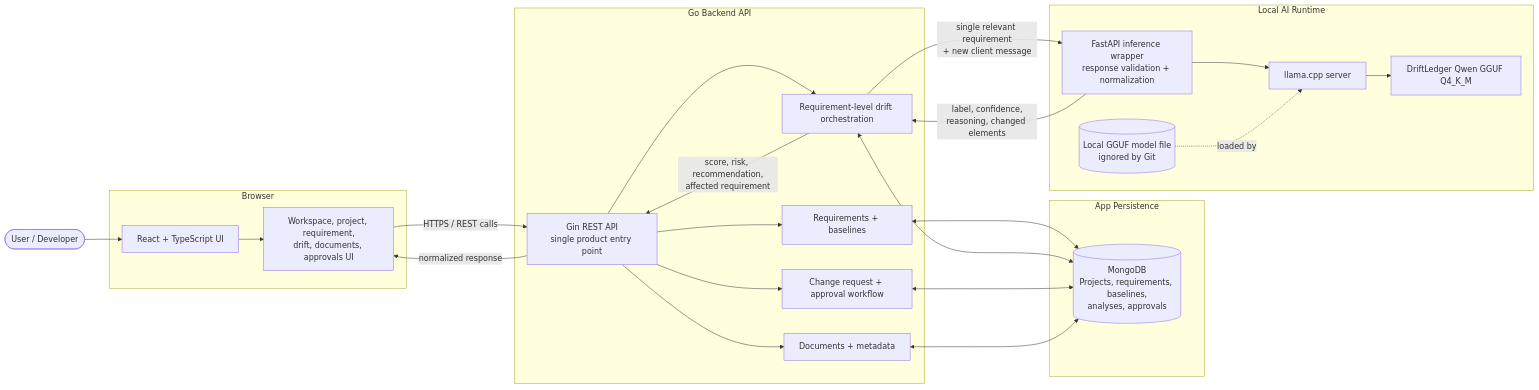
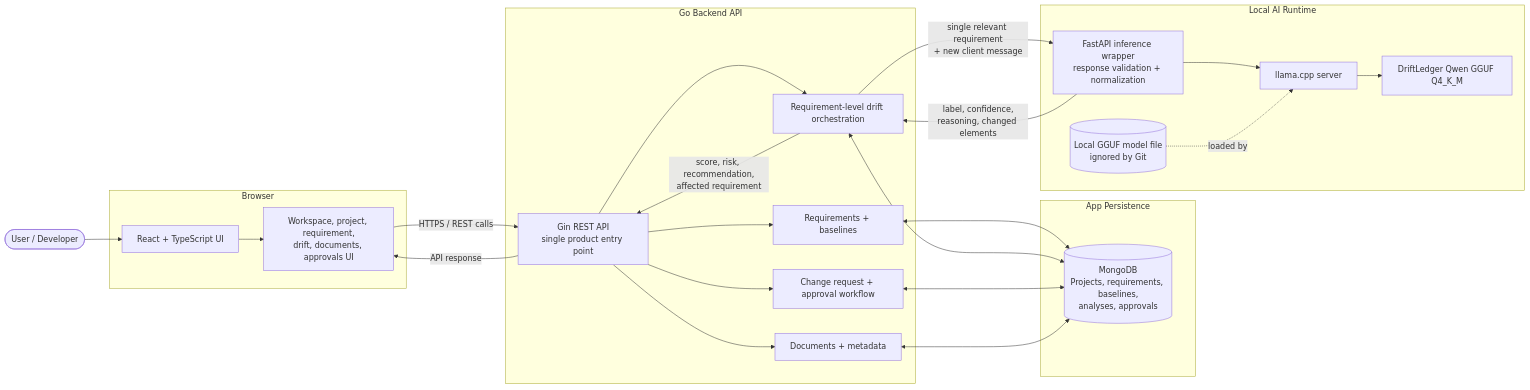
The diagram in README.md (muneeb-anjum0/Drift), drawn with Mermaid before and after one commit.

Commit message:
Tighten README architecture response label
Updates the Mermaid architecture diagram so the frontend receives a general API response from the backend, while model-specific output stays on the drift orchestration path.

````diff
--- a/README.md
+++ b/README.md
@@ -91,51 +91,51 @@
 ```mermaid
 flowchart LR
     user(["User / Developer"])
 
     subgraph browser["Browser"]
         ui["React + TypeScript UI"]
         views["Workspace, project, requirement,\ndrift, documents, approvals UI"]
     end
 
     subgraph backend["Go Backend API"]
         api["Gin REST API\nsingle product entry point"]
         reqs["Requirements + baselines"]
         drift["Requirement-level drift orchestration"]
         changes["Change request + approval workflow"]
         files["Documents + metadata"]
     end
 
     subgraph data["App Persistence"]
         mongo[("MongoDB\nProjects, requirements, baselines,\nanalyses, approvals")]
     end
 
     subgraph ai["Local AI Runtime"]
         wrapper["FastAPI inference wrapper\nresponse validation + normalization"]
         llama["llama.cpp server"]
         gguf["DriftLedger Qwen GGUF Q4_K_M"]
         modelFiles[("Local GGUF model file\nignored by Git")]
     end
 
     user --> ui
     ui --> views
     views -->|"HTTPS / REST calls"| api
 
     api --> reqs
     api --> drift
     api --> changes
     api --> files
 
     reqs <--> mongo
     drift <--> mongo
     changes <--> mongo
     files <--> mongo
 
     drift -->|"single relevant requirement\n+ new client message"| wrapper
     wrapper --> llama
     llama --> gguf
     modelFiles -. loaded by .-> llama
 
     wrapper -->|"label, confidence,\nreasoning, changed elements"| drift
     drift -->|"score, risk, recommendation,\naffected requirement"| api
-    api -->|"normalized response"| views
+    api -->|"API response"| views
 ```
````
